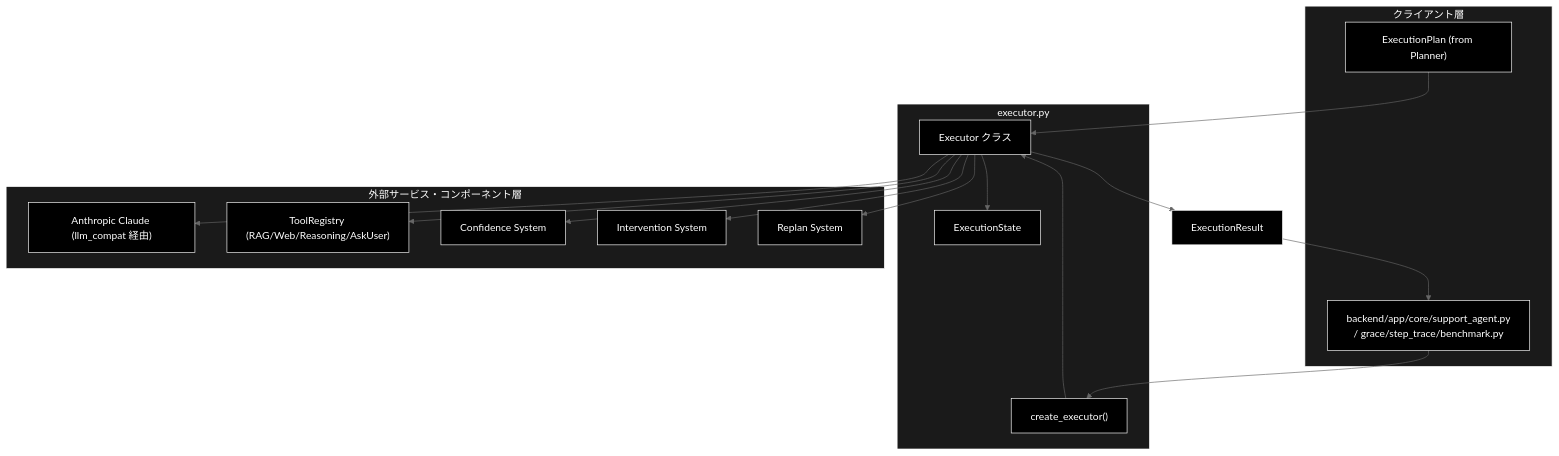
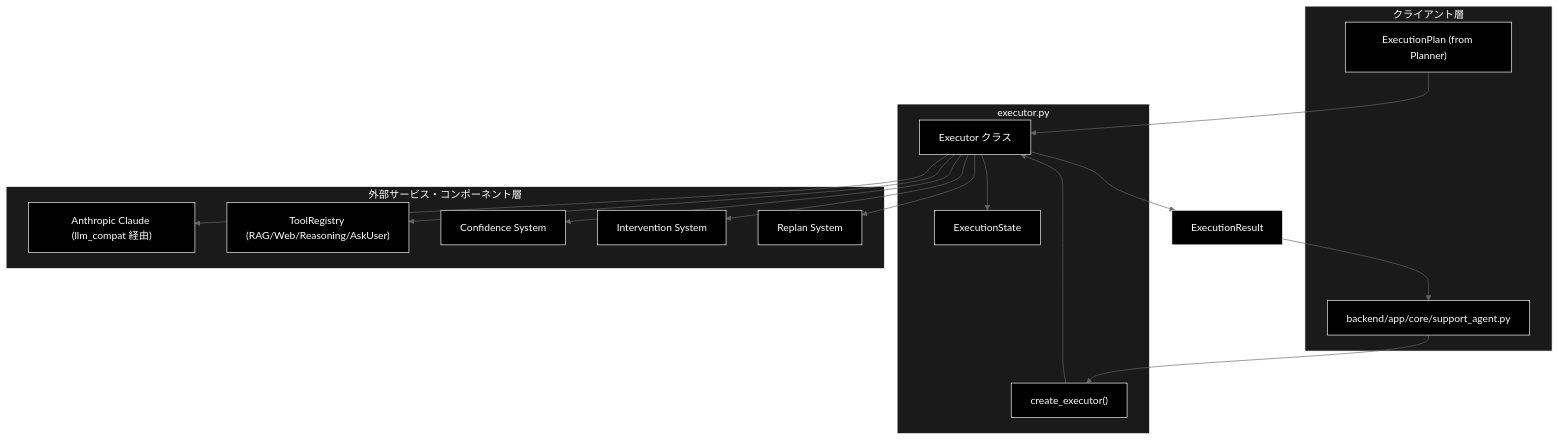
Before and after one commit to nakashima2toshio/grace_v2: the first of 5 diagrams in grace/docs/executor.md, drawn with Mermaid (neutral theme). The commit also changed other lines of this file and 19 other files, not shown here.

First line of the commit message:
refactor: grace/step_trace/ をディレクトリごと削除し、参照と文書構成の区分表を更新

````diff
--- a/grace/docs/executor.md
+++ b/grace/docs/executor.md
@@ -122,39 +122,39 @@
 ```mermaid
 flowchart TB
     subgraph CLIENT["クライアント層"]
         PLAN["ExecutionPlan (from Planner)"]
-        UI["backend/app/core/support_agent.py<br>/ grace/step_trace/benchmark.py"]
+        UI["backend/app/core/support_agent.py"]
     end
 
     subgraph MODULE["executor.py"]
         STATE["ExecutionState"]
         EXEC["Executor クラス"]
         FACTORY["create_executor()"]
     end
 
     subgraph EXTERNAL["外部サービス・コンポーネント層"]
         LLM["Anthropic Claude (llm_compat 経由)"]
         TOOLS["ToolRegistry (RAG/Web/Reasoning/AskUser)"]
         CONF["Confidence System"]
         INTV["Intervention System"]
         REPLAN["Replan System"]
     end
 
     PLAN --> EXEC
     UI --> FACTORY
     FACTORY --> EXEC
     EXEC --> STATE
     EXEC --> LLM
     EXEC --> TOOLS
     EXEC --> CONF
     EXEC --> INTV
     EXEC --> REPLAN
     EXEC --> RESULT["ExecutionResult"]
     RESULT --> UI
 classDef default fill:#000,stroke:#fff,color:#fff
 classDef subgraphStyle fill:#1a1a1a,stroke:#fff,color:#fff
 class PLAN,UI,STATE,EXEC,FACTORY,LLM,TOOLS,CONF,INTV,REPLAN,RESULT default
 style CLIENT fill:#1a1a1a,stroke:#fff,color:#fff
 style MODULE fill:#1a1a1a,stroke:#fff,color:#fff
 style EXTERNAL fill:#1a1a1a,stroke:#fff,color:#fff
 ```
````
